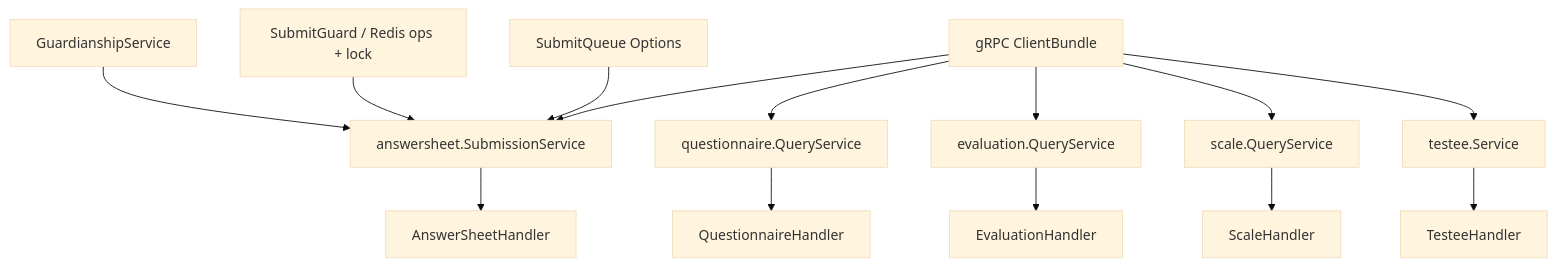
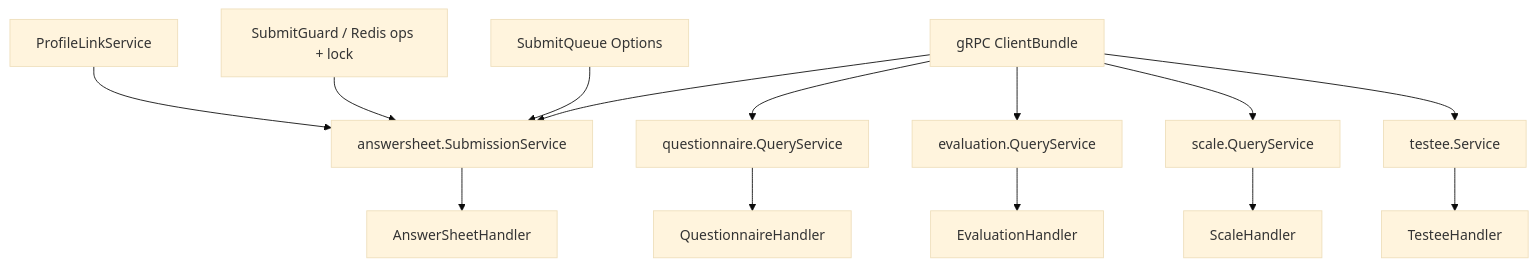
The fourth of 9 diagrams in docs/01-运行时/02-collection-server运行时.md (FangcunMount/qs-server), drawn with Mermaid (base theme) before and after one commit. The commit also changed other lines of this file and 26 other files, not shown here.

Commit message:
pref ProfileLink 概念替代 Guardianship 概念

````diff
--- a/docs/01-运行时/02-collection-server运行时.md
+++ b/docs/01-运行时/02-collection-server运行时.md
@@ -201,23 +201,23 @@
 ```mermaid
 flowchart TB
     Clients[gRPC ClientBundle]
-    IAM[GuardianshipService]
+    IAM[ProfileLinkService]
     Redis[SubmitGuard / Redis ops + lock]
     SQ[SubmitQueue Options]
 
     Clients --> AS[answersheet.SubmissionService]
     IAM --> AS
     Redis --> AS
     SQ --> AS
 
     Clients --> QQ[questionnaire.QueryService]
     Clients --> EQ[evaluation.QueryService]
     Clients --> SQRY[scale.QueryService]
     Clients --> TS[testee.Service]
 
     AS --> AH[AnswerSheetHandler]
     QQ --> QH[QuestionnaireHandler]
     EQ --> EH[EvaluationHandler]
     SQRY --> SH[ScaleHandler]
     TS --> TH[TesteeHandler]
 ```
````
